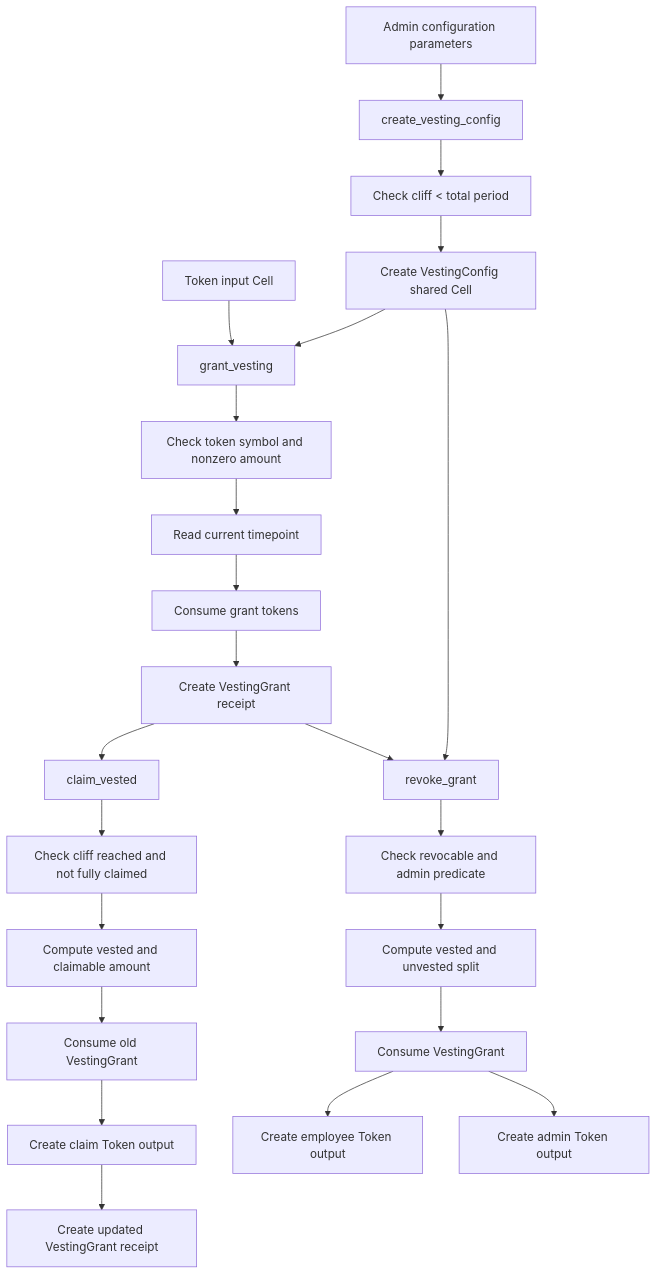
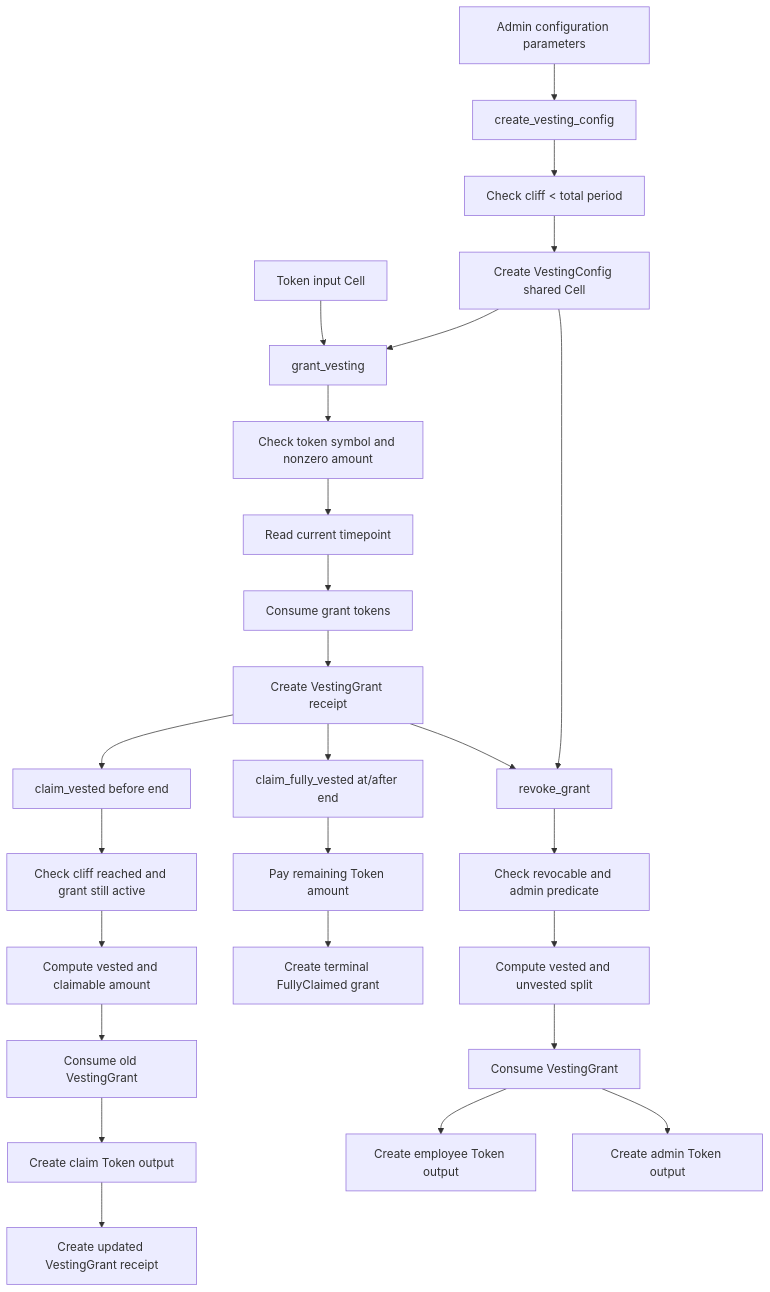
One commit to CellScript-Labs/CellScript changed the tenth of 12 diagrams in docs/CELLSCRIPT_EXAMPLE_BUSINESS_FLOWS.md. Above: the diagram before and after it, drawn with Mermaid. The commit also changed other lines of this file and 61 other files, not shown here.

````diff
--- a/docs/CELLSCRIPT_EXAMPLE_BUSINESS_FLOWS.md
+++ b/docs/CELLSCRIPT_EXAMPLE_BUSINESS_FLOWS.md
@@ -360,28 +366,32 @@
 ```mermaid
 flowchart TD
     A["Admin configuration parameters"] --> B["create_vesting_config"]
     B --> C["Check cliff < total period"]
     C --> D["Create VestingConfig shared Cell"]
 
     D --> E["grant_vesting"]
     F["Token input Cell"] --> E
     E --> G["Check token symbol and nonzero amount"]
     G --> H["Read current timepoint"]
     H --> I["Consume grant tokens"]
     I --> J["Create VestingGrant receipt"]
 
-    J --> K["claim_vested"]
-    K --> L["Check cliff reached and not fully claimed"]
+    J --> K["claim_vested before end"]
+    K --> L["Check cliff reached and grant still active"]
     L --> M["Compute vested and claimable amount"]
     M --> N["Consume old VestingGrant"]
     N --> O["Create claim Token output"]
     O --> P["Create updated VestingGrant receipt"]
+
+    J --> W["claim_fully_vested at/after end"]
+    W --> X["Pay remaining Token amount"]
+    X --> Y["Create terminal FullyClaimed grant"]
 
     D --> Q["revoke_grant"]
     J --> Q
     Q --> R["Check revocable and admin predicate"]
     R --> S["Compute vested and unvested split"]
     S --> T["Consume VestingGrant"]
     T --> U["Create employee Token output"]
     T --> V["Create admin Token output"]
 ```
````
